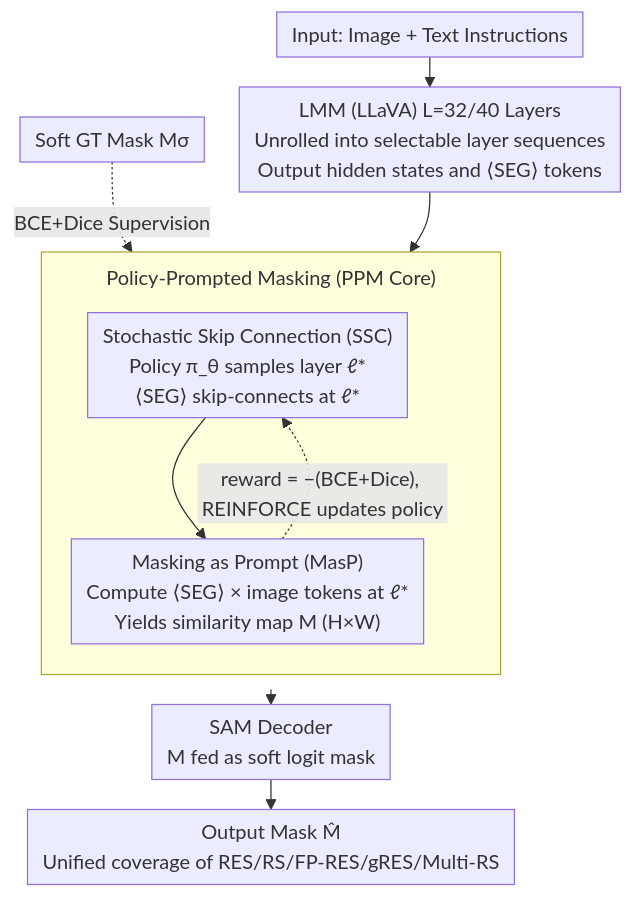
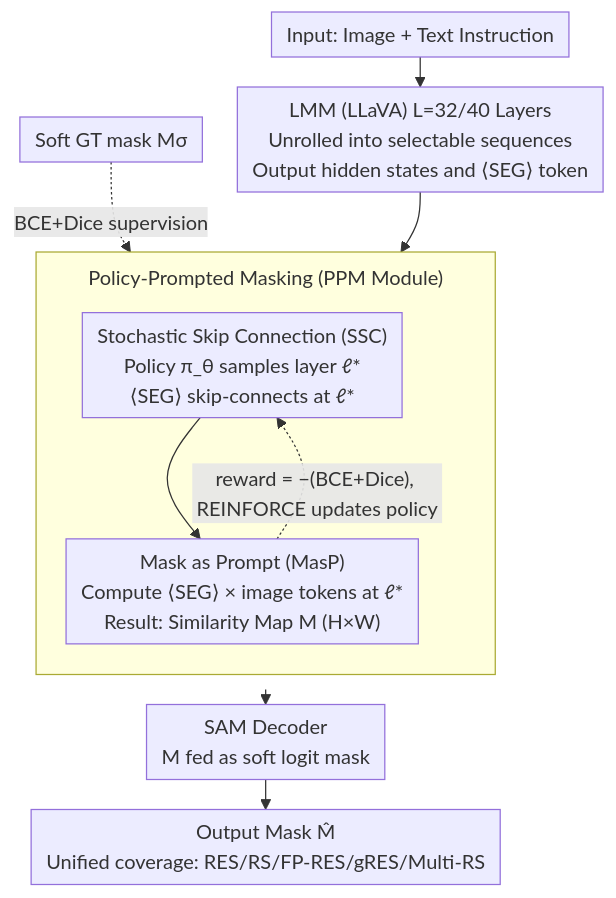
The diagram in docs/ICML2026/segmentation/uground_towards_unified_visual_grounding_with_unrolled_transformers.md (zhaoyang97/Paper-Notes-en), drawn with Mermaid before and after one commit. The commit also changed other lines of this file and 5084 other files, not shown here.

````diff
--- a/docs/ICML2026/segmentation/uground_towards_unified_visual_grounding_with_unrolled_transformers.md
+++ b/docs/ICML2026/segmentation/uground_towards_unified_visual_grounding_with_unrolled_transformers.md
@@ -43,15 +43,15 @@
 ```mermaid
 %%{init: {'flowchart': {'rankSpacing': 24, 'nodeSpacing': 28, 'padding': 6, 'wrappingWidth': 400, 'subGraphTitleMargin': {'top': 8, 'bottom': 16}}}}%%
 flowchart TD
-    A["Input: Image + Text Instructions"] --> B["LMM (LLaVA) L=32/40 Layers<br/>Unrolled into selectable layer sequences<br/>Output hidden states and ⟨SEG⟩ tokens"]
+    A["Input: Image + Text Instruction"] --> B["LMM (LLaVA) L=32/40 Layers<br/>Unrolled into selectable sequences<br/>Output hidden states and ⟨SEG⟩ token"]
     B --> PPM
-    subgraph PPM["Policy-Prompted Masking (PPM Core)"]
+    subgraph PPM["Policy-Prompted Masking (PPM Module)"]
         direction TB
         C["Stochastic Skip Connection (SSC)<br/>Policy π_θ samples layer ℓ*<br/>⟨SEG⟩ skip-connects at ℓ*"]
-        C --> D["Masking as Prompt (MasP)<br/>Compute ⟨SEG⟩ × image tokens at ℓ*<br/>Yields similarity map M (H×W)"]
+        C --> D["Mask as Prompt (MasP)<br/>Compute ⟨SEG⟩ × image tokens at ℓ*<br/>Result: Similarity Map M (H×W)"]
     end
     PPM --> E["SAM Decoder<br/>M fed as soft logit mask"]
-    E --> F["Output Mask M̂<br/>Unified coverage of RES/RS/FP-RES/gRES/Multi-RS"]
+    E --> F["Output Mask M̂<br/>Unified coverage: RES/RS/FP-RES/gRES/Multi-RS"]
     D -.->|"reward = −(BCE+Dice), REINFORCE updates policy"| C
-    G["Soft GT Mask Mσ"] -.->|"BCE+Dice Supervision"| D
+    G["Soft GT mask Mσ"] -.->|"BCE+Dice supervision"| D
 ```
````
